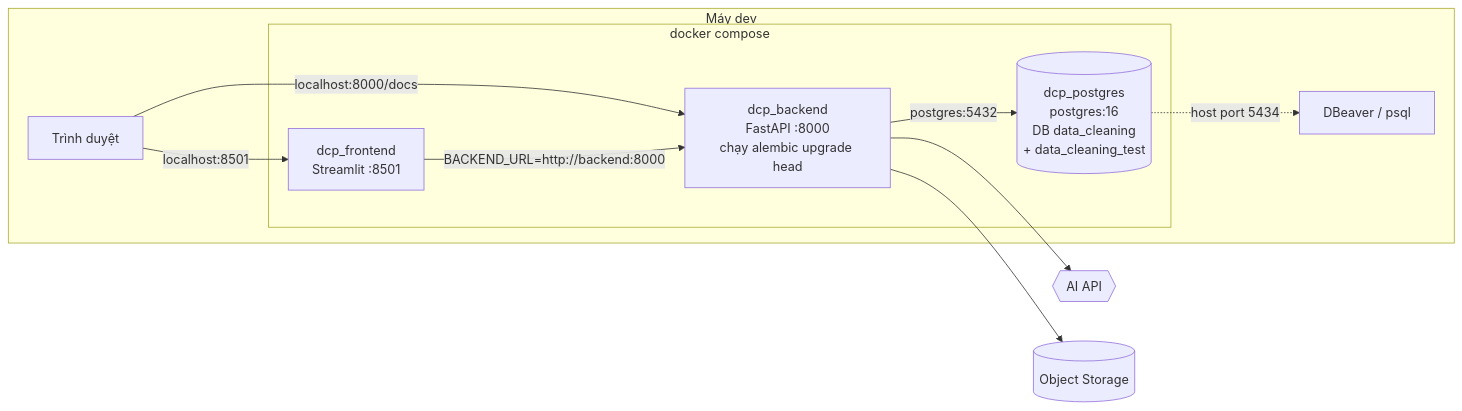
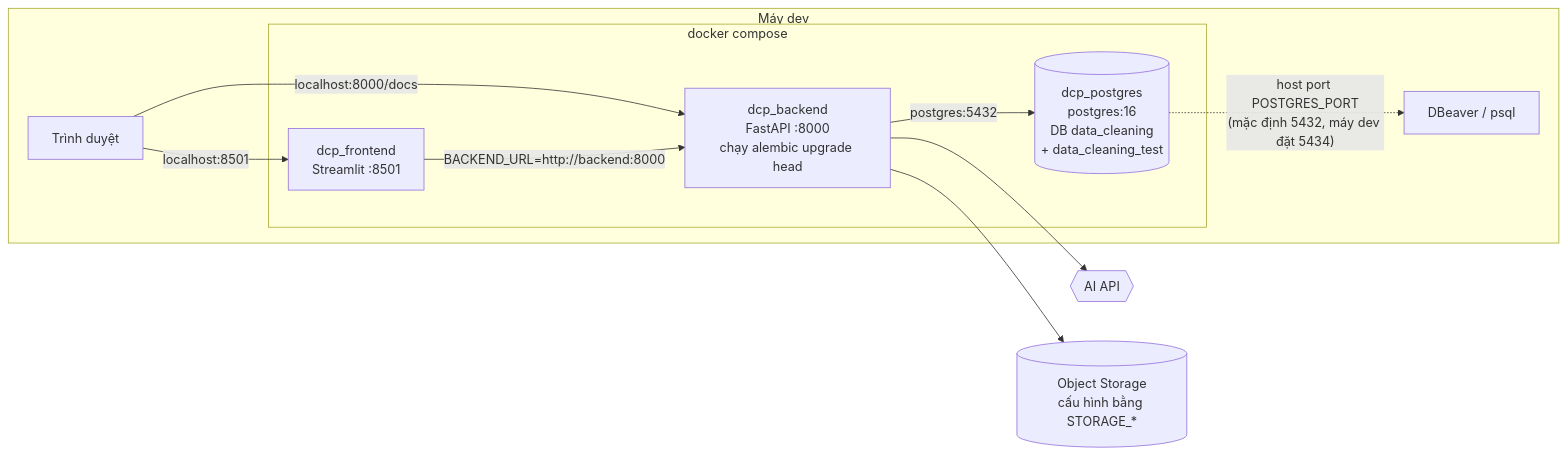
One commit to 2431540234-arch/clean-data changed diagram 13 of 15 in data-cleaning-platform/docs/flow-diagram.md. Above: the diagram before and after it, drawn with Mermaid. The commit also changed other lines of this file and 6 other files, not shown here.

````diff
--- a/data-cleaning-platform/docs/flow-diagram.md
+++ b/data-cleaning-platform/docs/flow-diagram.md
@@ -298,17 +390,17 @@
 ```mermaid
 flowchart LR
     subgraph HOST [Máy dev]
         B[Trình duyệt] -->|localhost:8501| FE
         B -->|localhost:8000/docs| BE
         subgraph DC [docker compose]
             FE[dcp_frontend<br/>Streamlit :8501]
             BE[dcp_backend<br/>FastAPI :8000<br/>chạy alembic upgrade head]
             PG[(dcp_postgres<br/>postgres:16<br/>DB data_cleaning<br/>+ data_cleaning_test)]
             FE -->|BACKEND_URL=http://backend:8000| BE
             BE -->|postgres:5432| PG
         end
-        PG -.->|host port 5434| H5434[DBeaver / psql]
+        PG -.->|"host port POSTGRES_PORT<br/>(mặc định 5432, máy dev đặt 5434)"| H5434[DBeaver / psql]
     end
     BE --> EXT1{{AI API}}
-    BE --> EXT2[(Object Storage)]
+    BE --> EXT2[(Object Storage<br/>cấu hình bằng STORAGE_*)]
 ```
````
